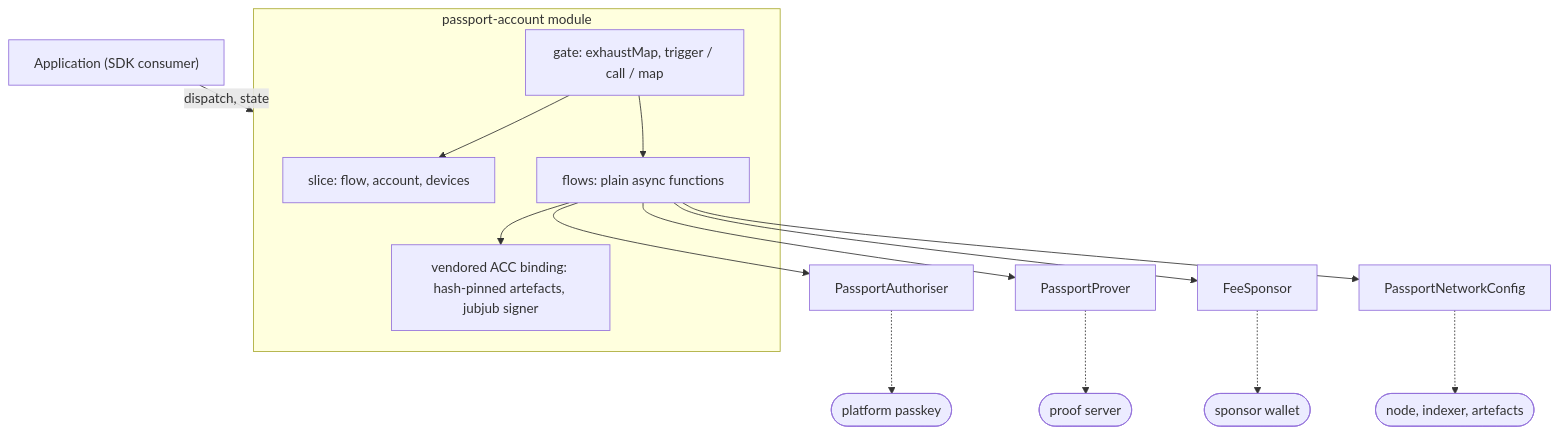
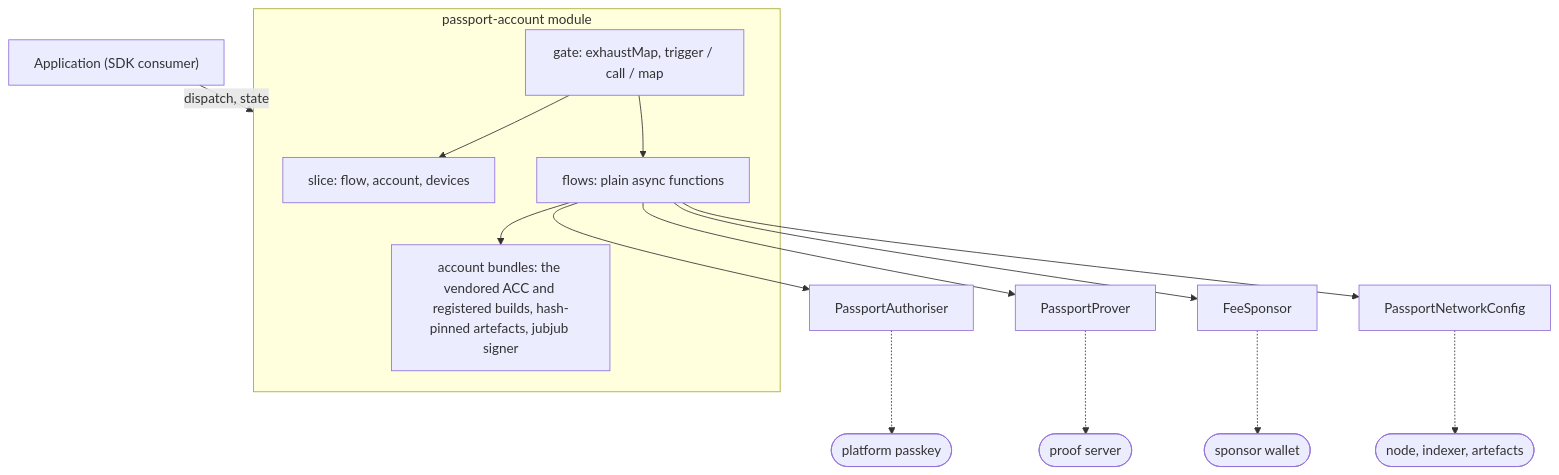
The first of 7 diagrams in packages/module/passport-account/README.md (input-output-hk/lace-sdk), drawn with Mermaid before and after one commit. The commit also changed other lines of this file and 943 other files, not shown here.

````diff
--- a/packages/module/passport-account/README.md
+++ b/packages/module/passport-account/README.md
@@ -28,28 +28,28 @@
 ```mermaid
 flowchart TB
     app["Application (SDK consumer)"]
     subgraph module["passport-account module"]
         slice["slice: flow, account, devices"]
         gate["gate: exhaustMap, trigger / call / map"]
         flows["flows: plain async functions"]
-        binding["vendored ACC binding: hash-pinned artefacts, jubjub signer"]
+        binding["account bundles: the vendored ACC and registered builds, hash-pinned artefacts, jubjub signer"]
     end
     auth["PassportAuthoriser"]
     prover["PassportProver"]
     sponsor["FeeSponsor"]
     network["PassportNetworkConfig"]
     passkey(["platform passkey"])
     proofserver(["proof server"])
     wallet(["sponsor wallet"])
     chain(["node, indexer, artefacts"])
 
     app -- "dispatch, state" --> module
     gate --> slice
     gate --> flows
     flows --> auth & prover & sponsor & network
     flows --> binding
     auth -.-> passkey
     prover -.-> proofserver
     sponsor -.-> wallet
     network -.-> chain
 ```
````
